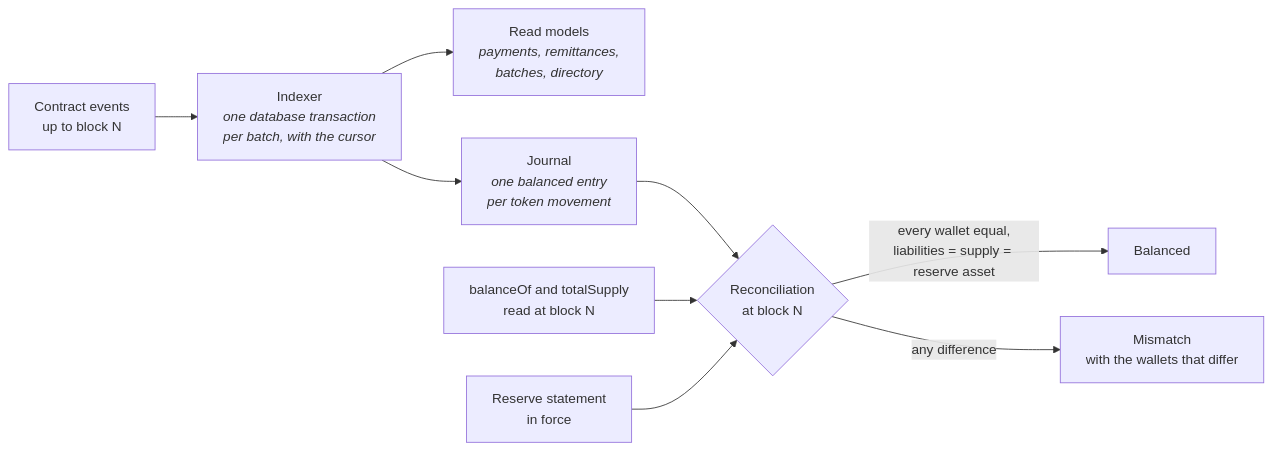
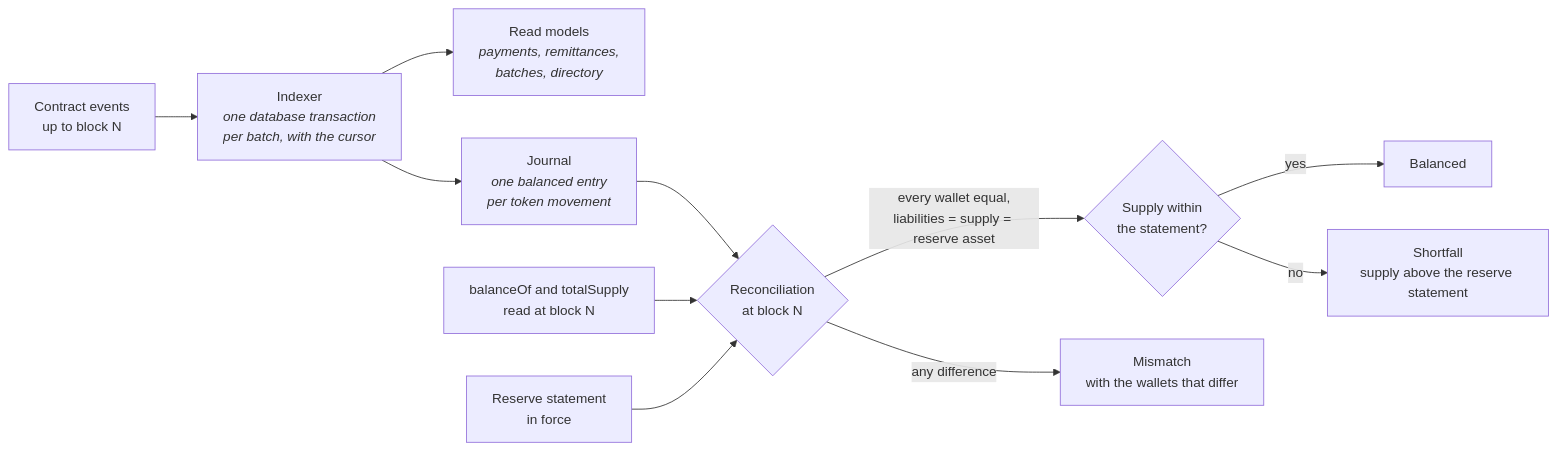
Before and after one commit to sadrulemail/bangladesh-payments-infrastructure: the diagram in docs/diagrams/reconciliation.mmd, drawn with Mermaid. The commit also changed 29 other files, not shown here.

```diff
--- a/docs/diagrams/reconciliation.mmd
+++ b/docs/diagrams/reconciliation.mmd
@@ -1,11 +1,13 @@
 flowchart LR
     EVENTS["Contract events<br/>up to block N"] --> INDEXER["Indexer<br/><i>one database transaction<br/>per batch, with the cursor</i>"]
     INDEXER --> MODELS["Read models<br/><i>payments, remittances,<br/>batches, directory</i>"]
     INDEXER --> JOURNAL["Journal<br/><i>one balanced entry<br/>per token movement</i>"]
 
     JOURNAL --> RECON{"Reconciliation<br/>at block N"}
     CHAINBAL["balanceOf and totalSupply<br/>read at block N"] --> RECON
     STATEMENT["Reserve statement<br/>in force"] --> RECON
 
-    RECON -- "every wallet equal,<br/>liabilities = supply = reserve asset" --> OK["Balanced"]
+    RECON -- "every wallet equal,<br/>liabilities = supply = reserve asset" --> COVER{"Supply within<br/>the statement?"}
     RECON -- "any difference" --> ALERT["Mismatch<br/>with the wallets that differ"]
+    COVER -- "yes" --> OK["Balanced"]
+    COVER -- "no" --> SHORT["Shortfall<br/>supply above the reserve statement"]
```
